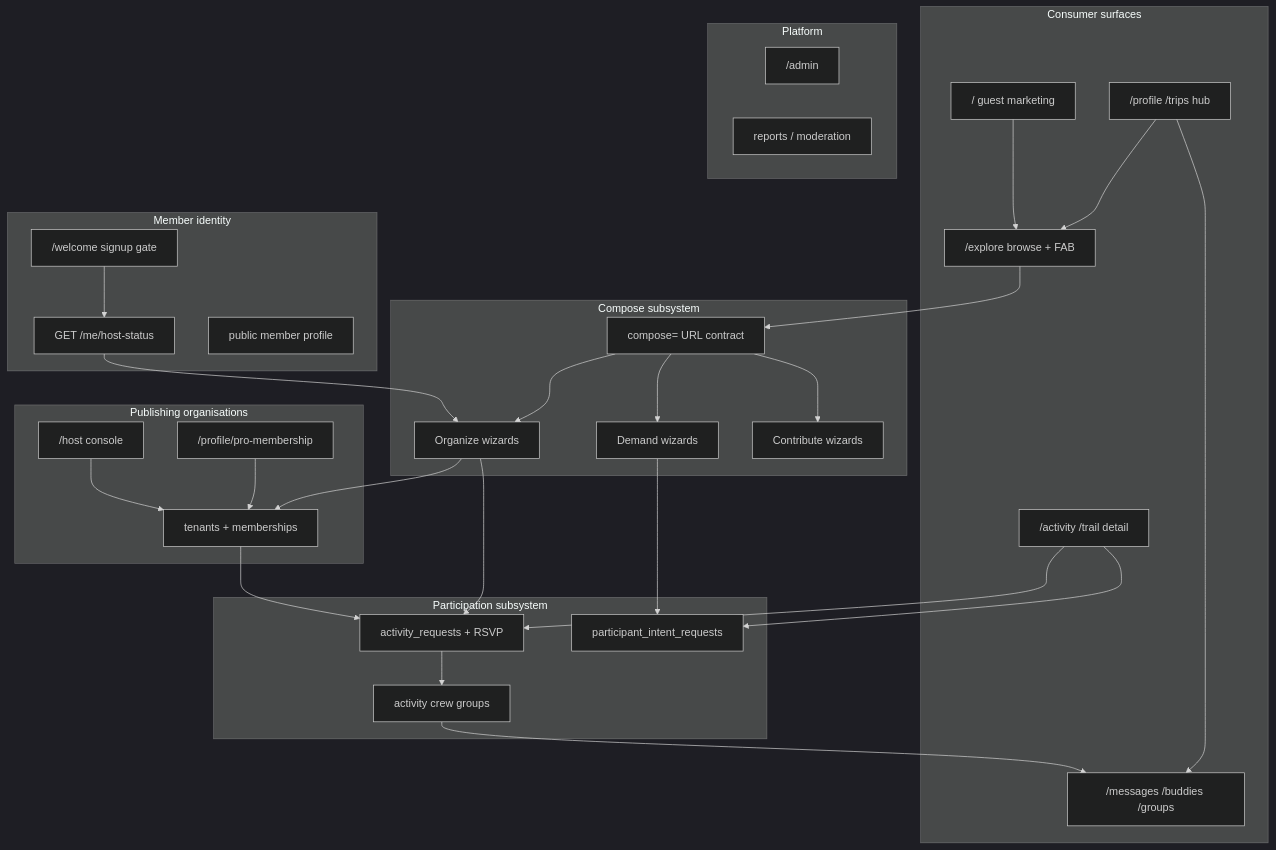
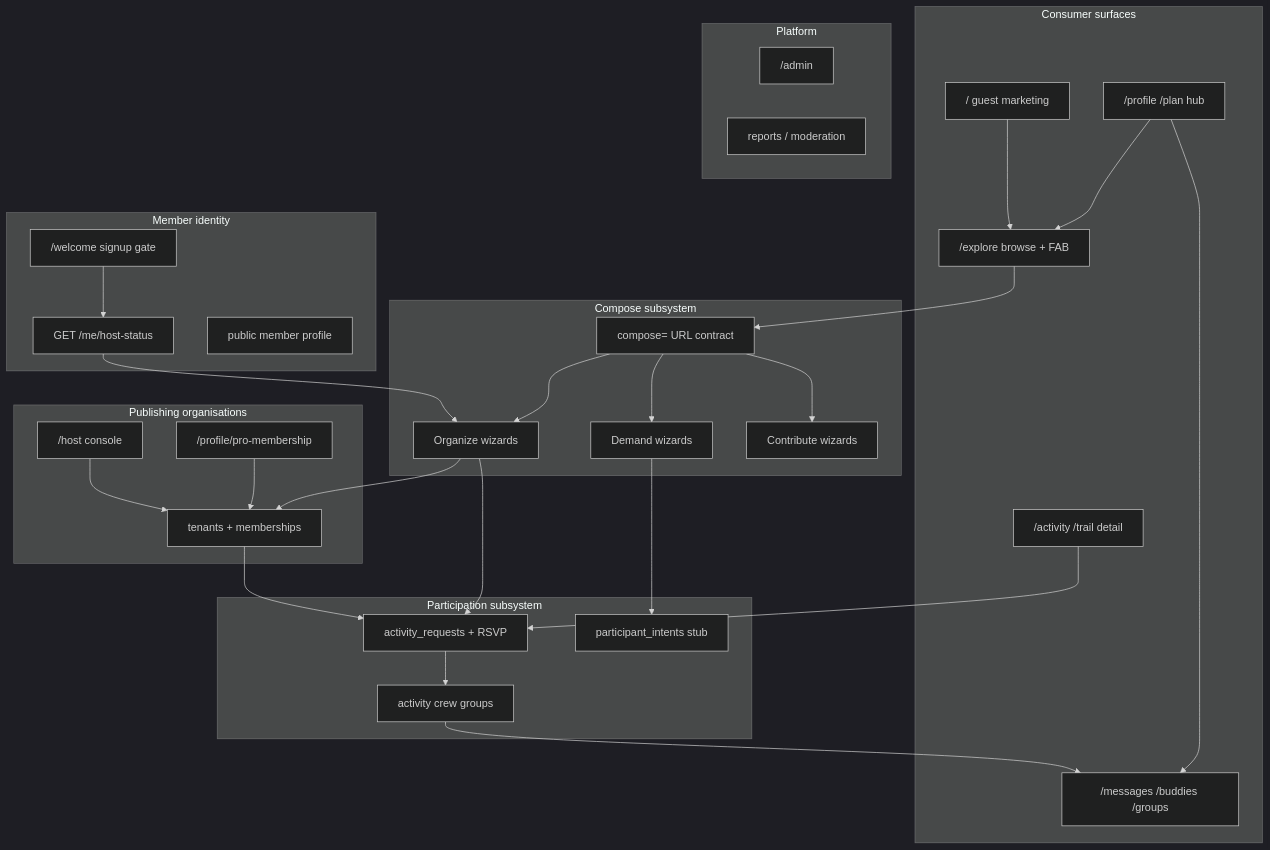
Before and after one commit to rajpurchasync/UAEtrail: the diagram in docs/SYSTEM_COHERENCE.md, drawn with Mermaid (dark theme). The commit also changed other lines of this file and 138 other files, not shown here.

````diff
--- a/docs/SYSTEM_COHERENCE.md
+++ b/docs/SYSTEM_COHERENCE.md
@@ -29,60 +29,59 @@
 ```mermaid
 flowchart TB
   subgraph surfaces [Consumer surfaces]
     M["/ guest marketing"]
     E["/explore browse + FAB"]
-    P["/profile /trips hub"]
+    P["/profile /plan hub"]
     D["/activity /trail detail"]
     MSG["/messages /buddies /groups"]
   end
 
   subgraph compose [Compose subsystem]
     FAB["compose= URL contract"]
     ORG["Organize wizards"]
     FIND["Demand wizards"]
     ADD["Contribute wizards"]
   end
 
   subgraph participation [Participation subsystem]
     JOIN["activity_requests + RSVP"]
-    DEMAND["participant_intent_requests"]
+    INTENT["participant_intents stub"]
     CREW["activity crew groups"]
   end
 
   subgraph identity [Member identity]
     WEL["/welcome signup gate"]
     HS["GET /me/host-status"]
     PUB["public member profile"]
   end
 
   subgraph publishing [Publishing organisations]
     TEN["tenants + memberships"]
     HOST["/host console"]
     PRO["/profile/pro-membership"]
   end
 
   subgraph platform [Platform]
     ADM["/admin"]
     MOD["reports / moderation"]
   end
 
   M --> E
   E --> FAB
   FAB --> ORG
   FAB --> FIND
   FAB --> ADD
   ORG --> TEN
   ORG --> JOIN
-  FIND --> DEMAND
+  FIND --> INTENT
   D --> JOIN
-  D --> DEMAND
   JOIN --> CREW
   CREW --> MSG
   WEL --> HS
   HS --> ORG
   PRO --> TEN
   HOST --> TEN
   TEN --> JOIN
   P --> E
   P --> MSG
 ```
````
